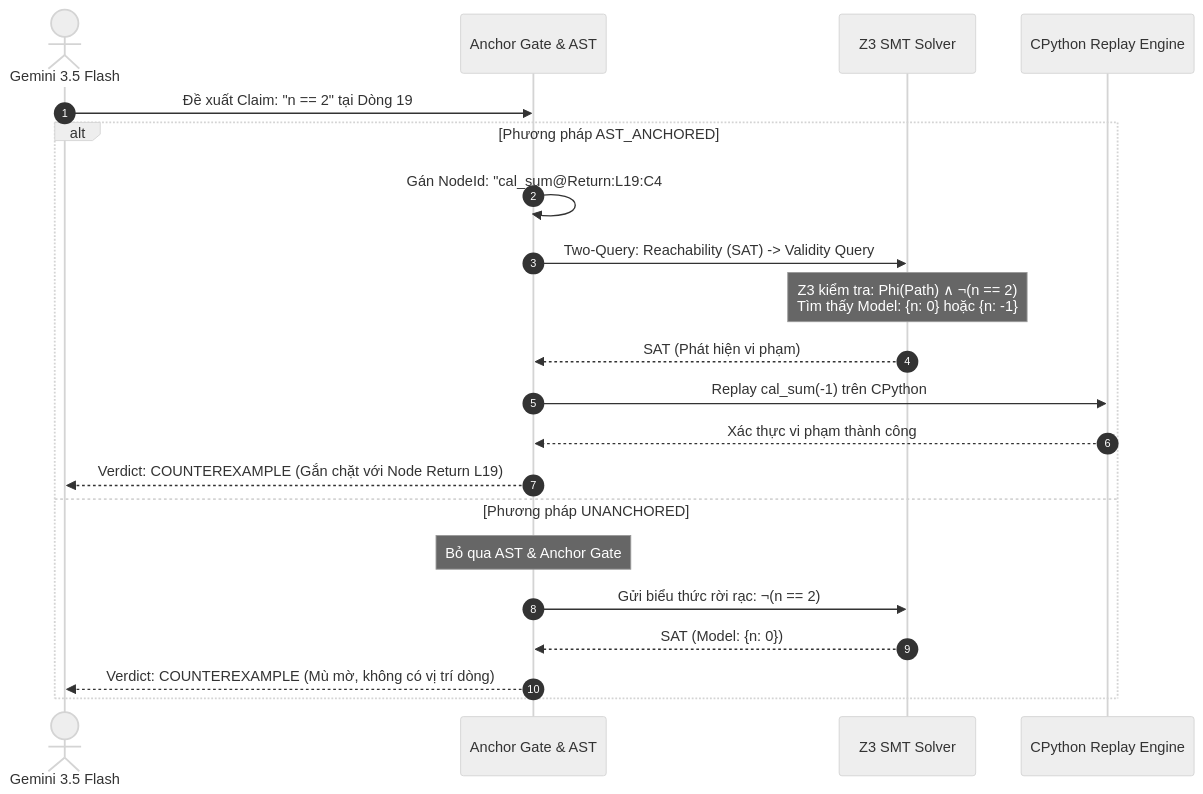
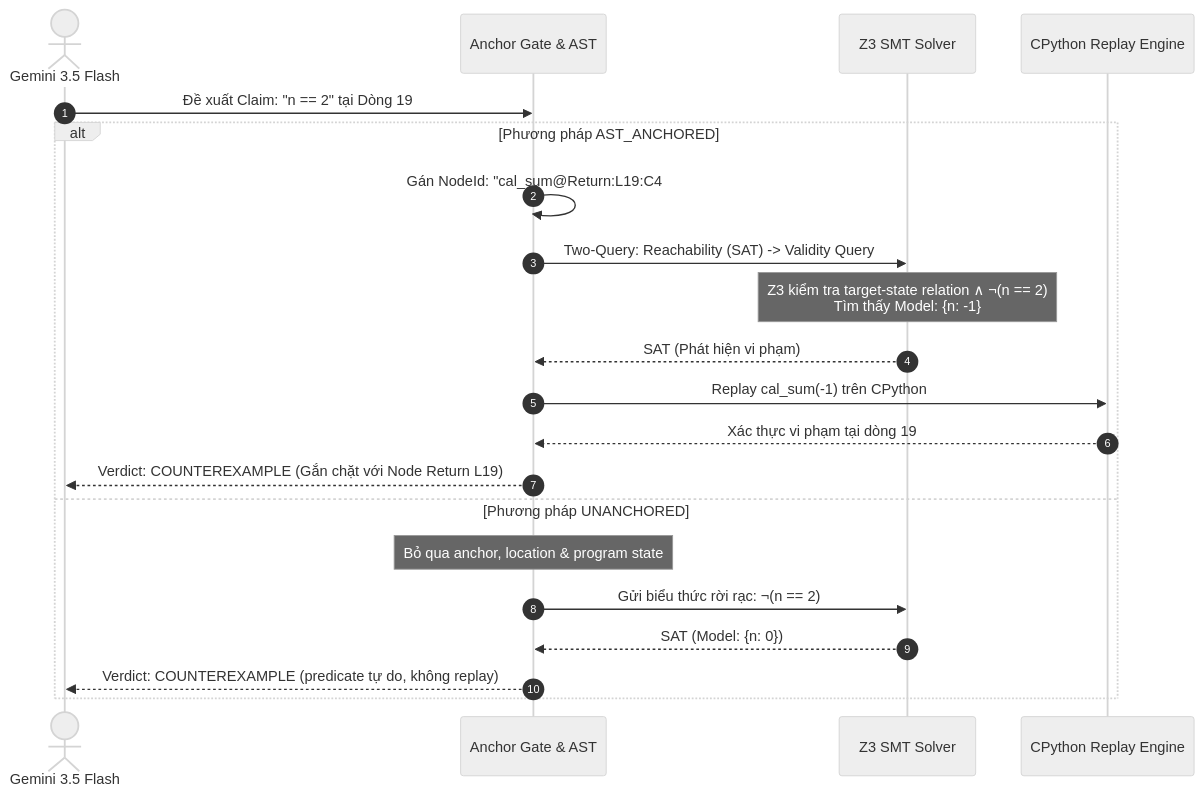
Before and after one commit to thanhcong10082005/Formal-Program-Verification-via-LLM-Chain-of-Thought-and-SMT-Logic: the diagram in reports/BAO_CAO_CASE_STUDY_PERRIN.md, drawn with Mermaid (neutral theme). The commit also changed other lines of this file and 17 other files, not shown here.

````diff
--- a/reports/BAO_CAO_CASE_STUDY_PERRIN.md
+++ b/reports/BAO_CAO_CASE_STUDY_PERRIN.md
@@ -148,24 +154,24 @@
 ```mermaid
 sequenceDiagram
     autonumber
     actor LLM as Gemini 3.5 Flash
     participant Gate as Anchor Gate & AST
     participant Z3 as Z3 SMT Solver
     participant Rep as CPython Replay Engine
 
     LLM->>Gate: Đề xuất Claim: "n == 2" tại Dòng 19
     alt Phương pháp AST_ANCHORED
         Gate->>Gate: Gán NodeId: "cal_sum@Return:L19:C4#0"
         Gate->>Z3: Two-Query: Reachability (SAT) -> Validity Query
-        Note over Z3: Z3 kiểm tra: Phi(Path) ∧ ¬(n == 2)<br>Tìm thấy Model: {n: 0} hoặc {n: -1}
+        Note over Z3: Z3 kiểm tra target-state relation ∧ ¬(n == 2)<br>Tìm thấy Model: {n: -1}
         Z3-->>Gate: SAT (Phát hiện vi phạm)
         Gate->>Rep: Replay cal_sum(-1) trên CPython
-        Rep-->>Gate: Xác thực vi phạm thành công
+        Rep-->>Gate: Xác thực vi phạm tại dòng 19
         Gate-->>LLM: Verdict: COUNTEREXAMPLE (Gắn chặt với Node Return L19)
     else Phương pháp UNANCHORED
-        Note over Gate: Bỏ qua AST & Anchor Gate
+        Note over Gate: Bỏ qua anchor, location & program state
         Gate->>Z3: Gửi biểu thức rời rạc: ¬(n == 2)
         Z3-->>Gate: SAT (Model: {n: 0})
-        Gate-->>LLM: Verdict: COUNTEREXAMPLE (Mù mờ, không có vị trí dòng)
+        Gate-->>LLM: Verdict: COUNTEREXAMPLE (predicate tự do, không replay)
     end
 ```
````
